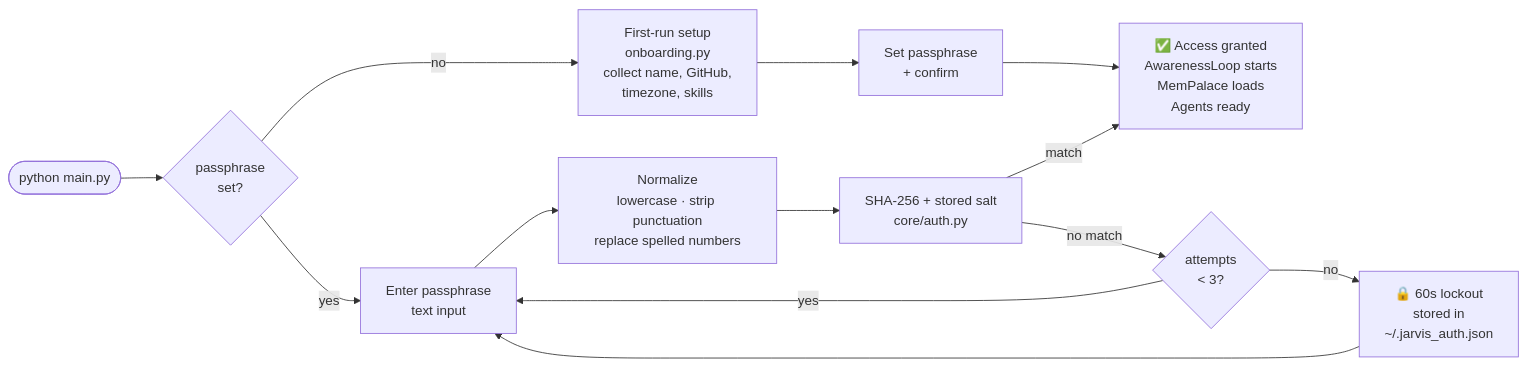
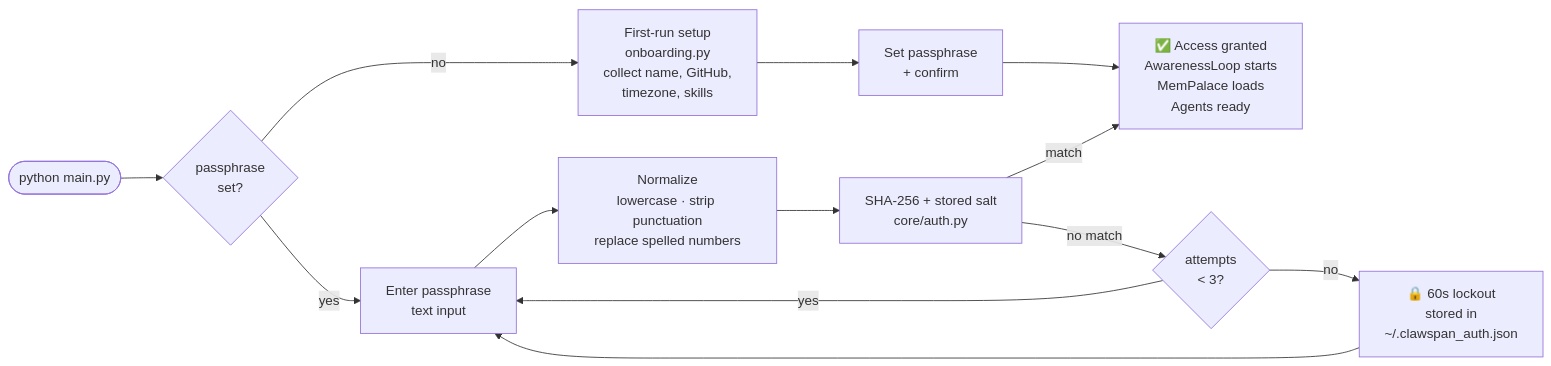
Before and after one commit to akkupratap323/Clawspan: the third of 6 diagrams in README.md, drawn with Mermaid. The commit also changed other lines of this file and 135 other files, not shown here.

First line of the commit message:
chore: rename project from JARVIS to Clawspan, remove unnecessary files, update architecture docs

````diff
--- a/README.md
+++ b/README.md
@@ -257,14 +257,14 @@
 ```mermaid
 flowchart LR
     Start(["python main.py"]) --> IsSetup{"passphrase\nset?"}
     IsSetup -->|"no"| Onboard["First-run setup\nonboarding.py\ncollect name, GitHub,\ntimezone, skills"]
     IsSetup -->|"yes"| EnterPW["Enter passphrase\ntext input"]
     EnterPW --> Normalize["Normalize\nlowercase · strip punctuation\nreplace spelled numbers"]
     Normalize --> Hash["SHA-256 + stored salt\ncore/auth.py"]
     Hash -->|"match"| Access["✅ Access granted\nAwarenessLoop starts\nMemPalace loads\nAgents ready"]
     Hash -->|"no match"| Counter{"attempts\n< 3?"}
     Counter -->|"yes"| EnterPW
-    Counter -->|"no"| Lockout["🔒 60s lockout\nstored in\n~/.jarvis_auth.json"]
+    Counter -->|"no"| Lockout["🔒 60s lockout\nstored in\n~/.clawspan_auth.json"]
     Lockout --> EnterPW
     Onboard --> SetPW["Set passphrase\n+ confirm"] --> Access
 ```
````
